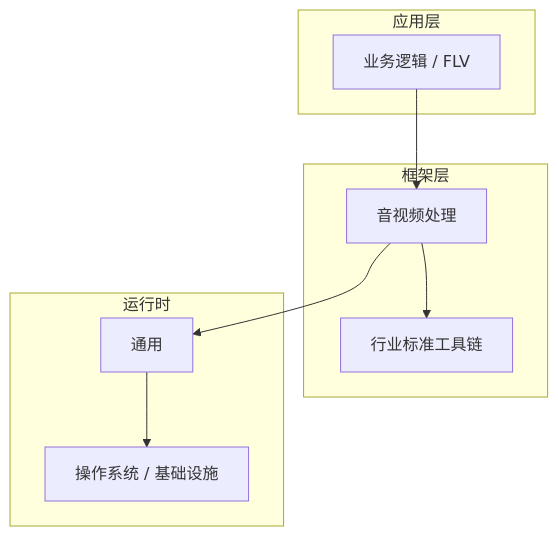
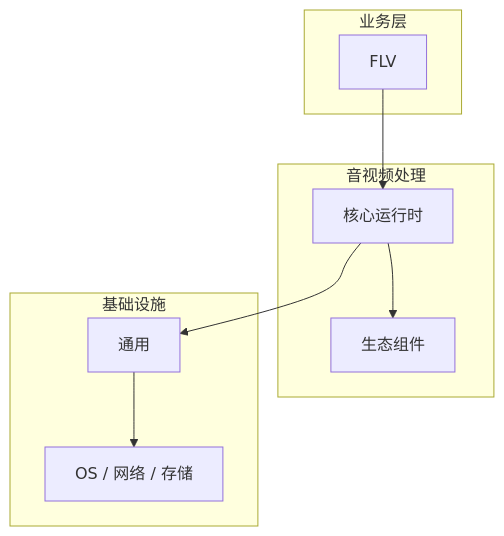
The diagram in articles/音视频处理/chapters/041-FLV核心概念与原理.md (yanggan2015/knowledge-json-v2), drawn with Mermaid before and after one commit. The commit also changed other lines of this file and 10127 other files, not shown here.

````diff
--- a/articles/音视频处理/chapters/041-FLV核心概念与原理.md
+++ b/articles/音视频处理/chapters/041-FLV核心概念与原理.md
@@ -45,18 +30,18 @@
 ```mermaid
 graph TB
-    subgraph 应用层
-        A[业务逻辑 / FLV]
+    subgraph 业务层
+        A[FLV]
     end
-    subgraph 框架层
-        B[音视频处理]
-        C[行业标准工具链]
+    subgraph 音视频处理
+        B[核心运行时]
+        C[生态组件]
     end
-    subgraph 运行时
+    subgraph 基础设施
         D[通用]
-        E[操作系统 / 基础设施]
+        E[OS / 网络 / 存储]
     end
     A --> B
     B --> C
     B --> D
     D --> E
 ```
````
